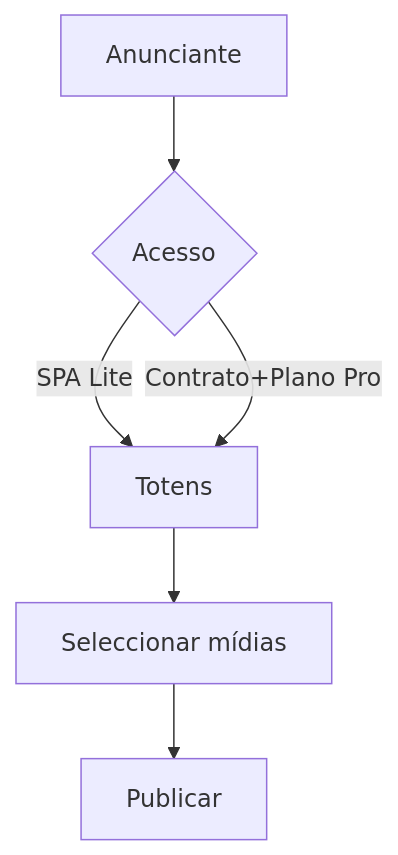
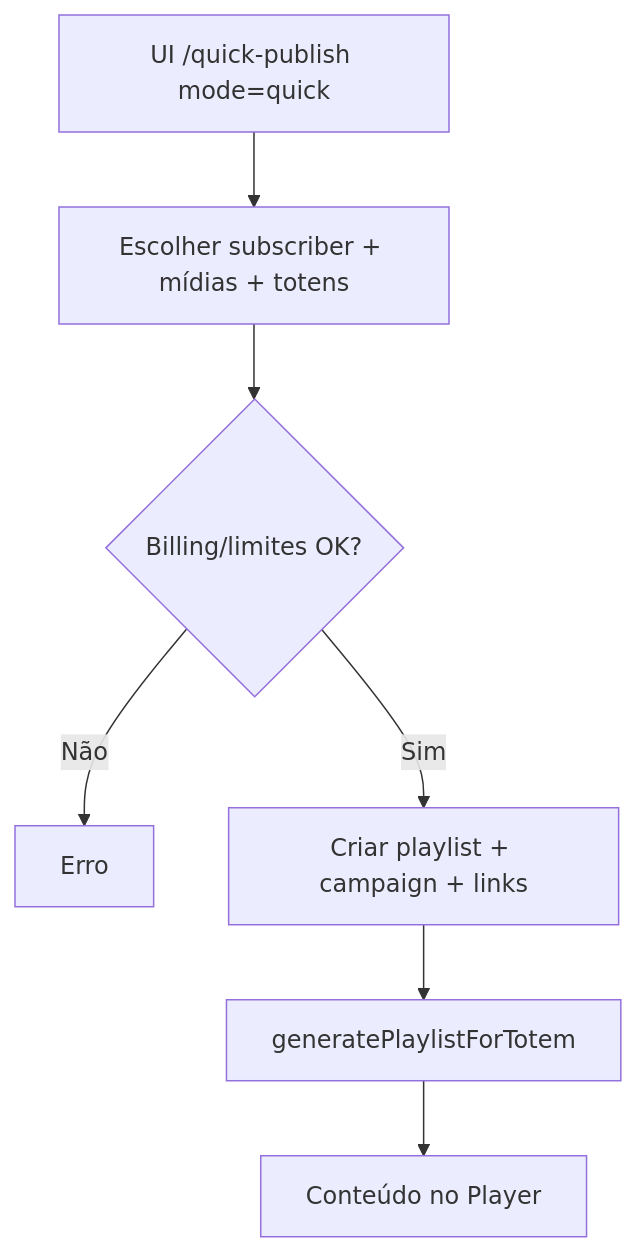
The first of 2 diagrams in docs/modulos/quick-publish/MODULO.md (Julio-Eyras/TotemDigital-Studio-A.i), drawn with Mermaid before and after one commit. The commit also changed other lines of this file and 47 other files, not shown here.

````diff
--- a/docs/modulos/quick-publish/MODULO.md
+++ b/docs/modulos/quick-publish/MODULO.md
@@ -73,8 +129,9 @@
 ```mermaid
 flowchart TD
-  A[Anunciante] --> B{Acesso}
-  B -->|SPA Lite| C[Totens]
-  B -->|Contrato+Plano Pro| C
-  C --> D[Seleccionar mídias]
-  D --> E[Publicar]
+  A[UI /quick-publish mode=quick] --> B[Escolher subscriber + mídias + totens]
+  B --> C{Billing/limites OK?}
+  C -->|Não| X[Erro]
+  C -->|Sim| D[Criar playlist + campaign + links]
+  D --> E[generatePlaylistForTotem]
+  E --> F[Conteúdo no Player]
 ```
````
